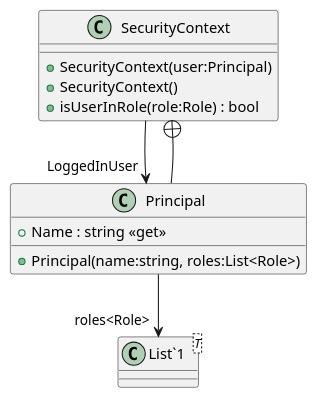
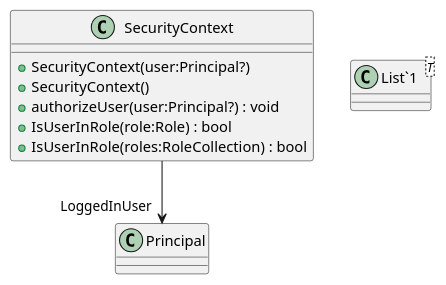
One commit to hansvheumen/RBAC changed the diagram in plantuml/RBAC/security/Context/SecurityContext.puml. Above: the diagram before and after it, drawn with PlantUML. The commit also changed 14 other files, not shown here.

Commit message:
added RBOC concept diagram

```diff
--- a/plantuml/RBAC/security/Context/SecurityContext.puml
+++ b/plantuml/RBAC/security/Context/SecurityContext.puml
@@ -1,16 +1,12 @@
 @startuml
 class SecurityContext {
-    + SecurityContext(user:Principal)
+    + SecurityContext(user:Principal?)
     + SecurityContext()
-    + isUserInRole(role:Role) : bool
-}
-class Principal {
-    + Principal(name:string, roles:List<Role>)
-    + Name : string <<get>>
+    + authorizeUser(user:Principal?) : void
+    + IsUserInRole(role:Role) : bool
+    + IsUserInRole(roles:RoleCollection) : bool
 }
 class "List`1"<T> {
 }
 SecurityContext --> "LoggedInUser" Principal
-SecurityContext +-- Principal
-Principal --> "roles<Role>" "List`1"
 @enduml
```
